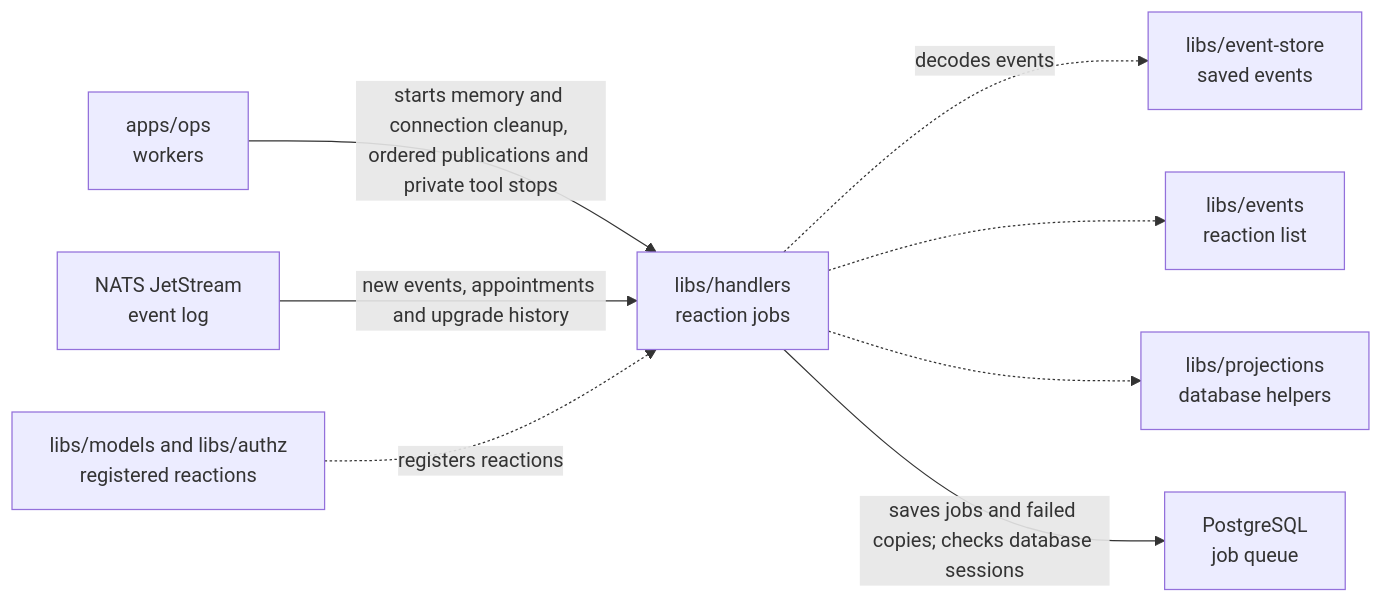
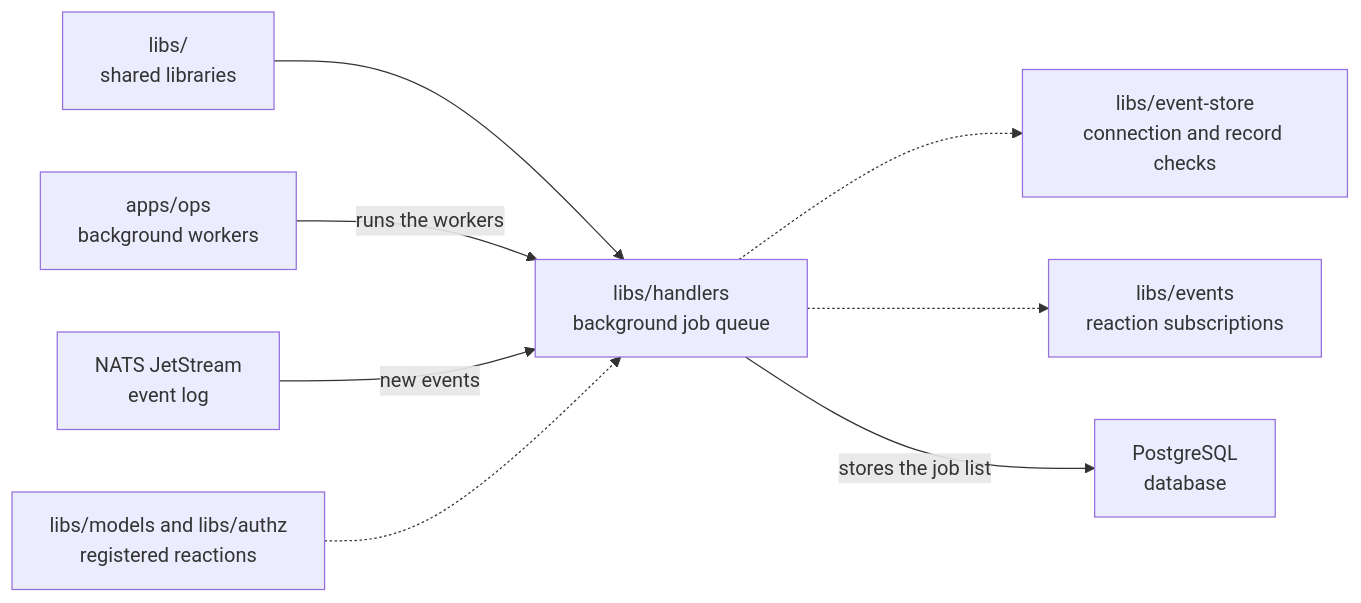
One commit to elewa-git/opencrane-new changed the diagram in libs/handlers/README.md. Above: the diagram before and after it, drawn with Mermaid. The commit also changed other lines of this file and 8 other files, not shown here.

Commit message:
📚 Explain the shared libraries in plain language.

````diff
--- a/libs/handlers/README.md
+++ b/libs/handlers/README.md
@@ -28,10 +20,10 @@
 ```mermaid
 flowchart LR
-  ops["apps/ops<br/>workers"] -->|starts memory and connection cleanup, ordered publications and private tool stops| handlers["libs/handlers<br/>reaction jobs"]
-  nats["NATS JetStream<br/>event log"] -->|new events, appointments and upgrade history| handlers
-  reactions["libs/models and libs/authz<br/>registered reactions"] -.->|registers reactions| handlers
-  handlers -.->|decodes events| store["libs/event-store<br/>saved events"]
-  handlers -.-> events["libs/events<br/>reaction list"]
-  handlers -.-> projections["libs/projections<br/>database helpers"]
-  handlers -->|saves jobs and failed copies; checks database sessions| pg["PostgreSQL<br/>job queue"]
+  parent["libs/<br/>shared libraries"] --> handlers["libs/handlers<br/>background job queue"]
+  ops["apps/ops<br/>background workers"] -->|runs the workers| handlers
+  nats["NATS JetStream<br/>event log"] -->|new events| handlers
+  reactions["libs/models and libs/authz<br/>registered reactions"] -.-> handlers
+  handlers -.-> store["libs/event-store<br/>connection and record checks"]
+  handlers -.-> events["libs/events<br/>reaction subscriptions"]
+  handlers -->|stores the job list| pg["PostgreSQL<br/>database"]
 ```
````
